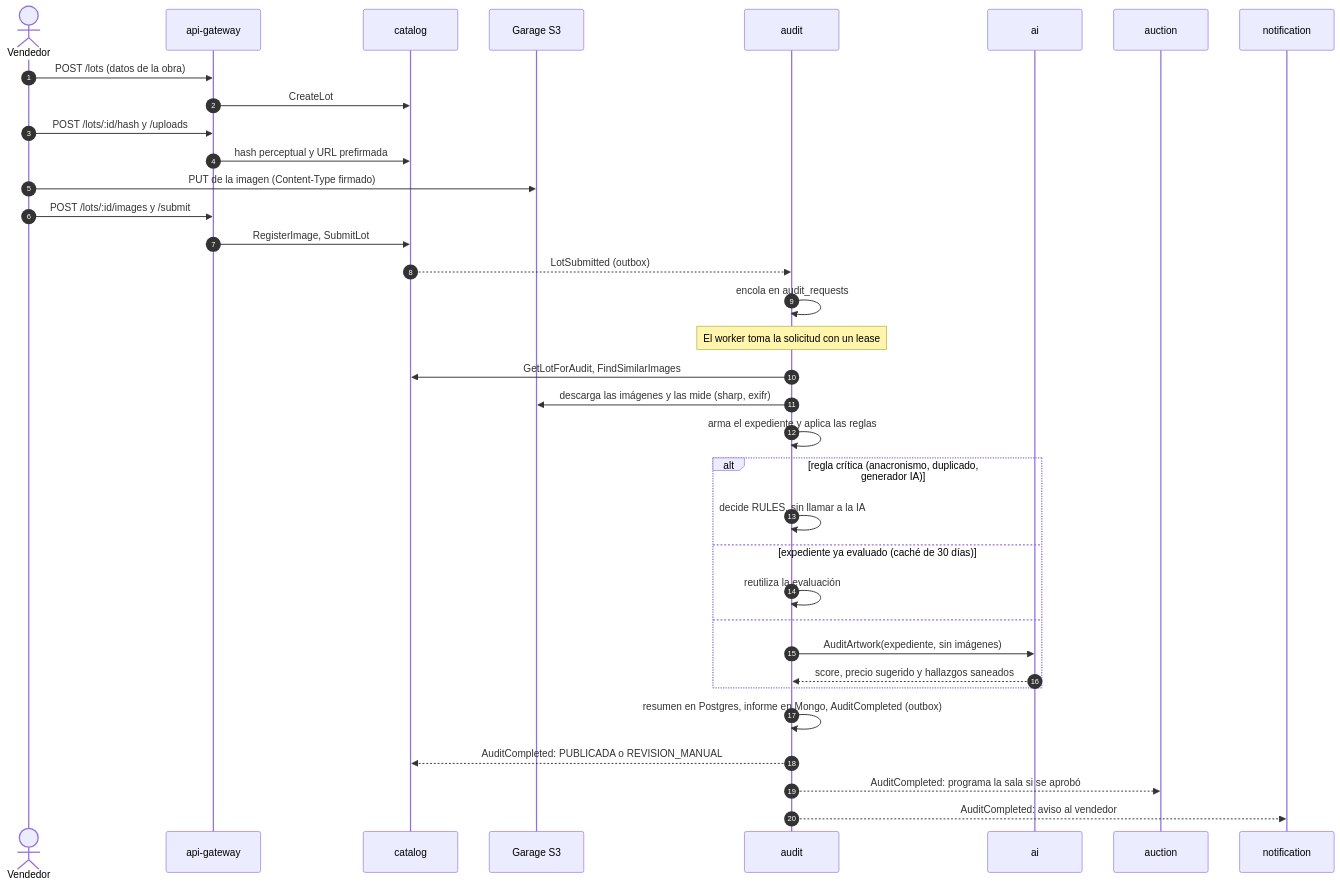
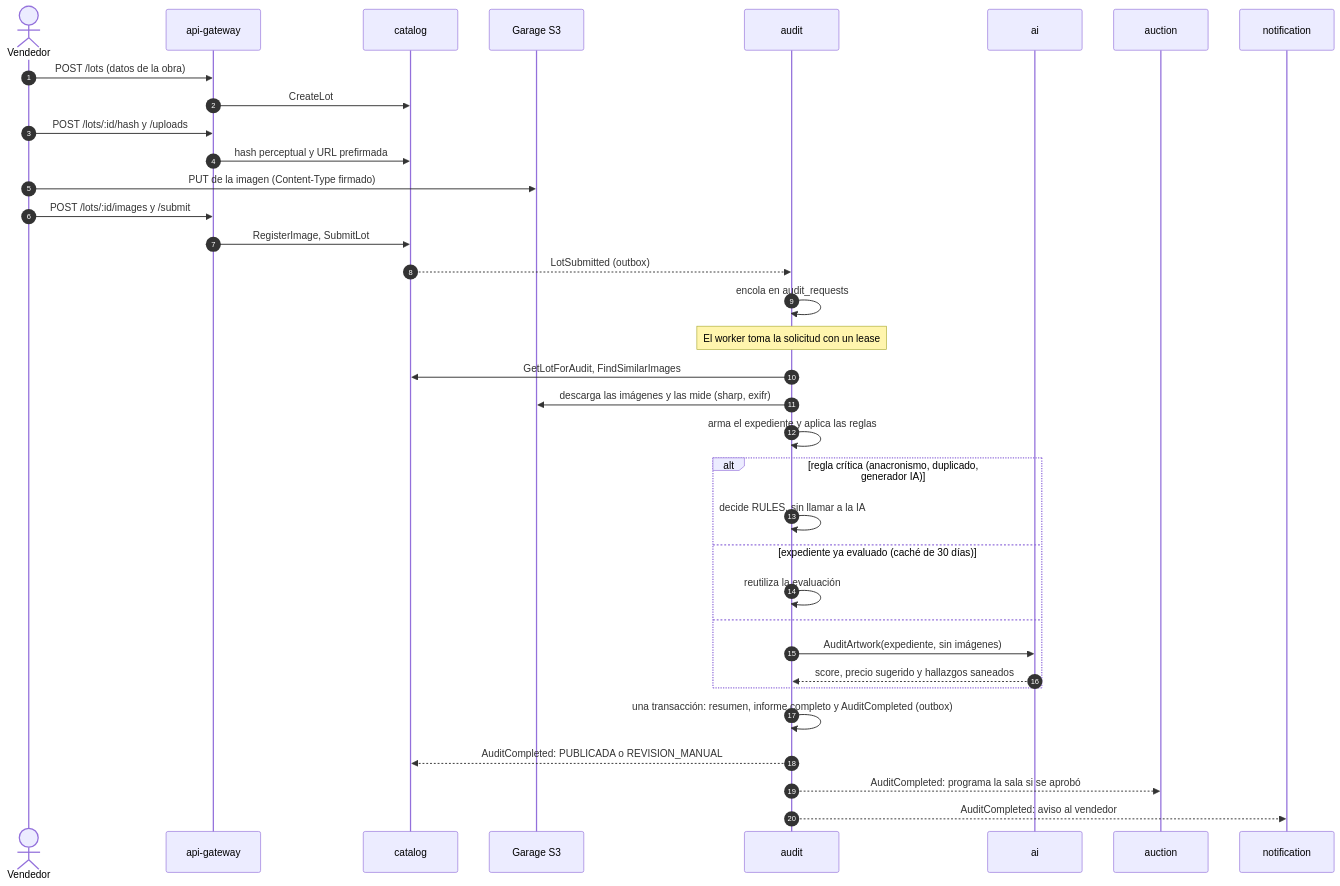
One commit to Juan-Camilo-Martinez-B/artauction_backend changed the fifth of 7 diagrams in docs/arquitectura/arquitectura.md. Above: the diagram before and after it, drawn with Mermaid. The commit also changed other lines of this file and 4 other files, not shown here.

````diff
--- a/docs/arquitectura/arquitectura.md
+++ b/docs/arquitectura/arquitectura.md
@@ -180,38 +174,38 @@
 ```mermaid
 sequenceDiagram
   autonumber
   actor V as Vendedor
   participant GW as api-gateway
   participant CAT as catalog
   participant S3 as Garage S3
   participant AUD as audit
   participant AI as ai
   participant AUC as auction
   participant NOT as notification
 
   V->>GW: POST /lots (datos de la obra)
   GW->>CAT: CreateLot
   V->>GW: POST /lots/:id/hash y /uploads
   GW->>CAT: hash perceptual y URL prefirmada
   V->>S3: PUT de la imagen (Content-Type firmado)
   V->>GW: POST /lots/:id/images y /submit
   GW->>CAT: RegisterImage, SubmitLot
   CAT-->>AUD: LotSubmitted (outbox)
   AUD->>AUD: encola en audit_requests
   Note over AUD: El worker toma la solicitud con un lease
   AUD->>CAT: GetLotForAudit, FindSimilarImages
   AUD->>S3: descarga las imágenes y las mide (sharp, exifr)
   AUD->>AUD: arma el expediente y aplica las reglas
   alt regla crítica (anacronismo, duplicado, generador IA)
     AUD->>AUD: decide RULES, sin llamar a la IA
   else expediente ya evaluado (caché de 30 días)
     AUD->>AUD: reutiliza la evaluación
   else
     AUD->>AI: AuditArtwork(expediente, sin imágenes)
     AI-->>AUD: score, precio sugerido y hallazgos saneados
   end
-  AUD->>AUD: resumen en Postgres, informe en Mongo, AuditCompleted (outbox)
+  AUD->>AUD: una transacción: resumen, informe completo y AuditCompleted (outbox)
   AUD-->>CAT: AuditCompleted: PUBLICADA o REVISION_MANUAL
   AUD-->>AUC: AuditCompleted: programa la sala si se aprobó
   AUD-->>NOT: AuditCompleted: aviso al vendedor
 ```
````
